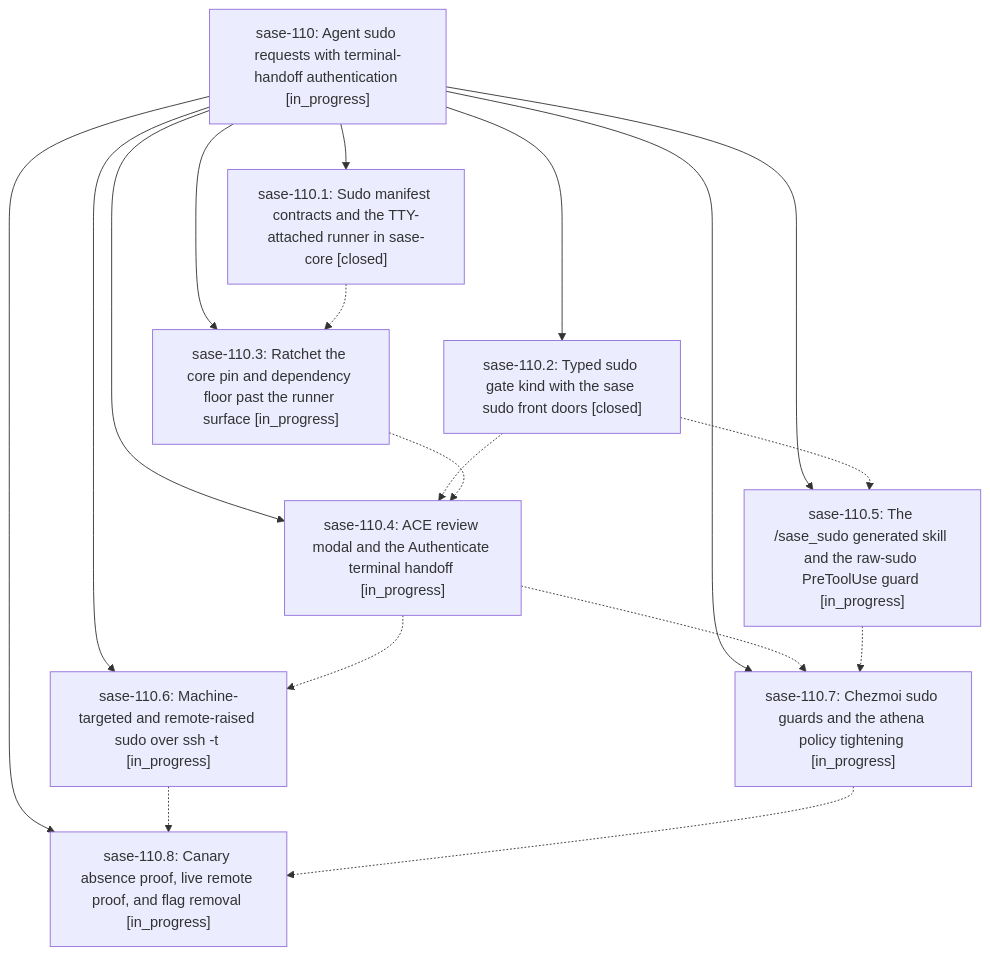
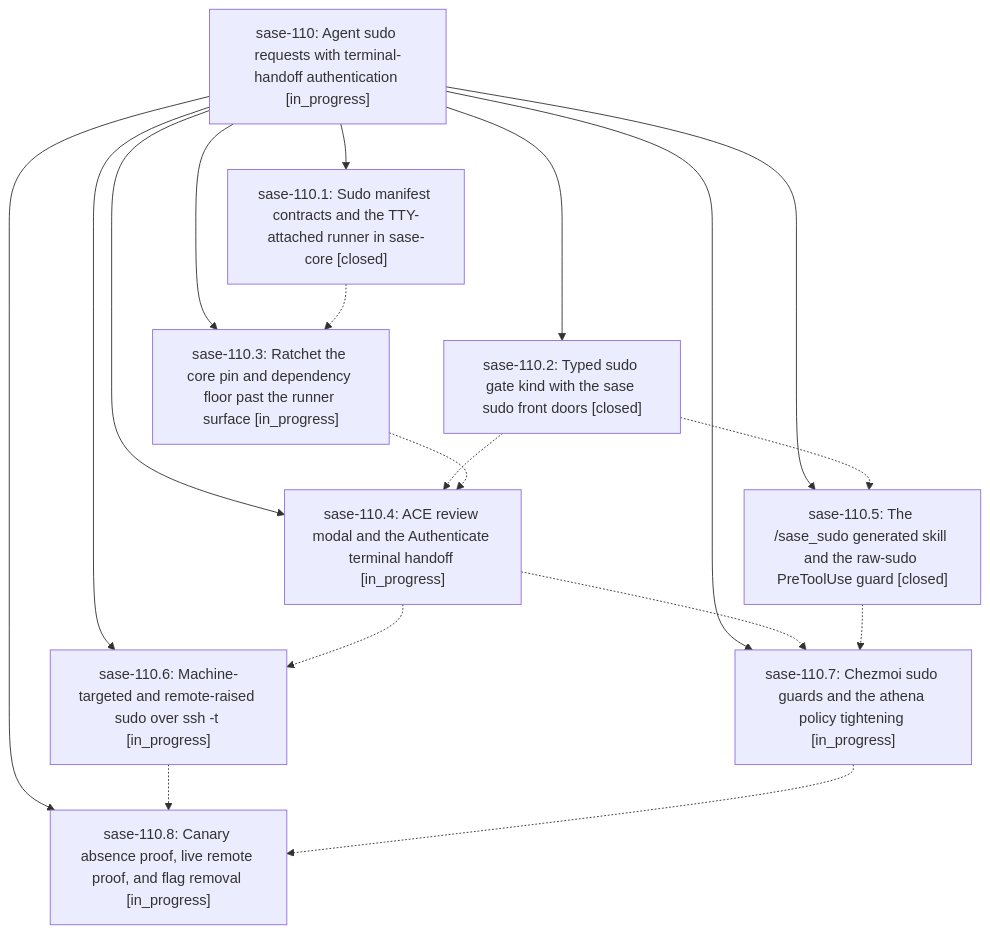
The diagram in pages/sase-110/README.md (sase-org/sase--beads), drawn with Mermaid before and after one commit. The commit also changed other lines of this file and 4 other files, not shown here.

````diff
--- a/pages/sase-110/README.md
+++ b/pages/sase-110/README.md
@@ -29,29 +29,29 @@
 ```mermaid
 flowchart TD
     n0["sase-110: Agent sudo requests with terminal-handoff authentication [in_progress]"]
     n1["sase-110.1: Sudo manifest contracts and the TTY-attached runner in sase-core [closed]"]
     n2["sase-110.2: Typed sudo gate kind with the sase sudo front doors [closed]"]
     n3["sase-110.3: Ratchet the core pin and dependency floor past the runner surface [in_progress]"]
     n4["sase-110.4: ACE review modal and the Authenticate terminal handoff [in_progress]"]
-    n5["sase-110.5: The /sase_sudo generated skill and the raw-sudo PreToolUse guard [in_progress]"]
+    n5["sase-110.5: The /sase_sudo generated skill and the raw-sudo PreToolUse guard [closed]"]
     n6["sase-110.6: Machine-targeted and remote-raised sudo over ssh -t [in_progress]"]
     n7["sase-110.7: Chezmoi sudo guards and the athena policy tightening [in_progress]"]
     n8["sase-110.8: Canary absence proof, live remote proof, and flag removal [in_progress]"]
     n0 --> n1
     n0 --> n2
     n0 --> n3
     n0 --> n4
     n0 --> n5
     n0 --> n6
     n0 --> n7
     n0 --> n8
     n1 -.-> n3
     n2 -.-> n4
     n2 -.-> n5
     n3 -.-> n4
     n4 -.-> n6
     n4 -.-> n7
     n5 -.-> n7
     n6 -.-> n8
     n7 -.-> n8
 ```
````
